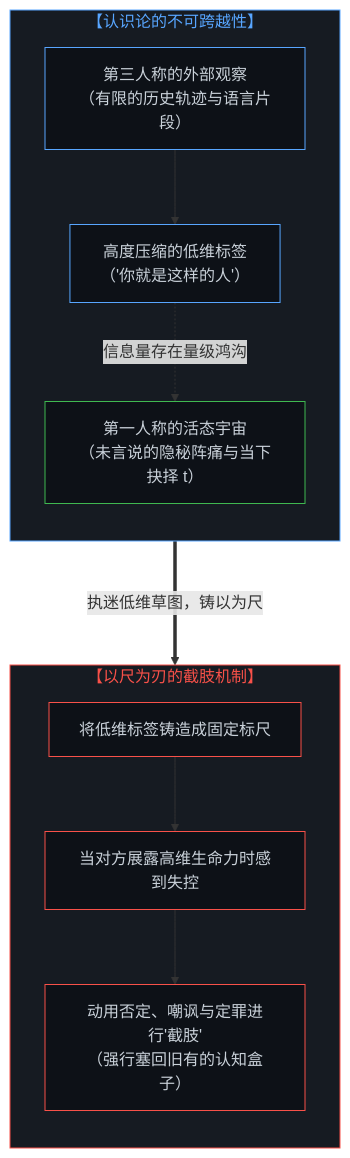
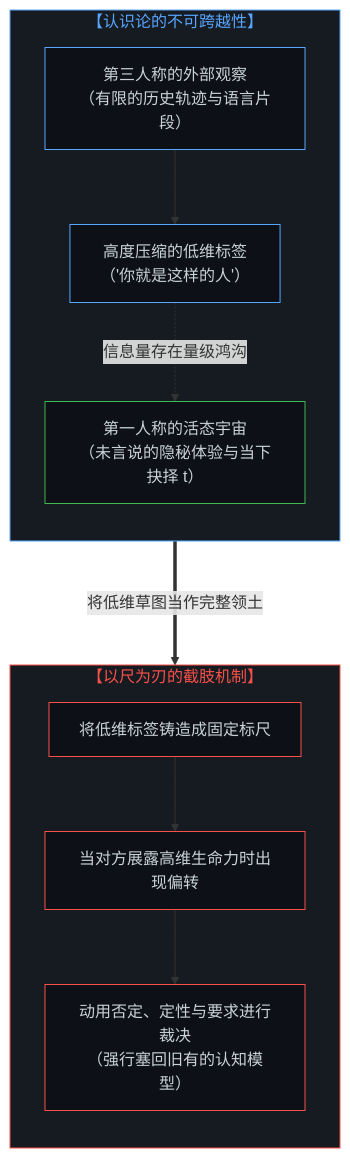
Before and after one commit to powerpig99/not-a-toe: the second of 4 diagrams in content/posts/the-illusion-of-knowing-and-the-geometry-of-amputation.md, drawn with Mermaid. The commit also changed other lines of this file and 1 other file, not shown here.

````diff
--- a/content/posts/the-illusion-of-knowing-and-the-geometry-of-amputation.md
+++ b/content/posts/the-illusion-of-knowing-and-the-geometry-of-amputation.md
@@ -84,30 +88,30 @@
 ```mermaid
 graph TD
     subgraph S_Epistemic_Gap["【认识论的不可跨越性】"]
         direction TB
         E1["第三人称的外部观察<br>（有限的历史轨迹与语言片段）"]
         E2["高度压缩的低维标签<br>（'你就是这样的人'）"]
-        E3["第一人称的活态宇宙<br>（未言说的隐秘阵痛与当下抉择 t）"]
+        E3["第一人称的活态宇宙<br>（未言说的隐秘体验与当下抉择 t）"]
         E1 --> E2
         E2 -.->|"信息量存在量级鸿沟"| E3
     end
 
     subgraph S_Amputation["【以尺为刃的截肢机制】"]
         direction TB
         A1["将低维标签铸造成固定标尺"]
-        A2["当对方展露高维生命力时感到失控"]
-        A3["动用否定、嘲讽与定罪进行'截肢'<br>（强行塞回旧有的认知盒子）"]
+        A2["当对方展露高维生命力时出现偏转"]
+        A3["动用否定、定性与要求进行裁决<br>（强行塞回旧有的认知模型）"]
         A1 --> A2 --> A3
     end
 
-    E2 ===>|"执迷低维草图，铸以为尺"| A1
+    E2 ===>|"将低维草图当作完整领土"| A1
 
     style S_Epistemic_Gap fill:#161b22,stroke:#58a6ff,stroke-width:1px,color:#58a6ff
     style S_Amputation fill:#161b22,stroke:#f85149,stroke-width:1px,color:#f85149
     style E1 fill:#0d1117,stroke:#58a6ff,stroke-width:1px,color:#c9d1d9
     style E2 fill:#0d1117,stroke:#58a6ff,stroke-width:1px,color:#c9d1d9
     style E3 fill:#0d1117,stroke:#3fb950,stroke-width:1px,color:#c9d1d9
     style A1 fill:#0d1117,stroke:#f85149,stroke-width:1px,color:#c9d1d9
     style A2 fill:#0d1117,stroke:#f85149,stroke-width:1px,color:#c9d1d9
     style A3 fill:#0d1117,stroke:#f85149,stroke-width:1px,color:#c9d1d9
 ```
````
